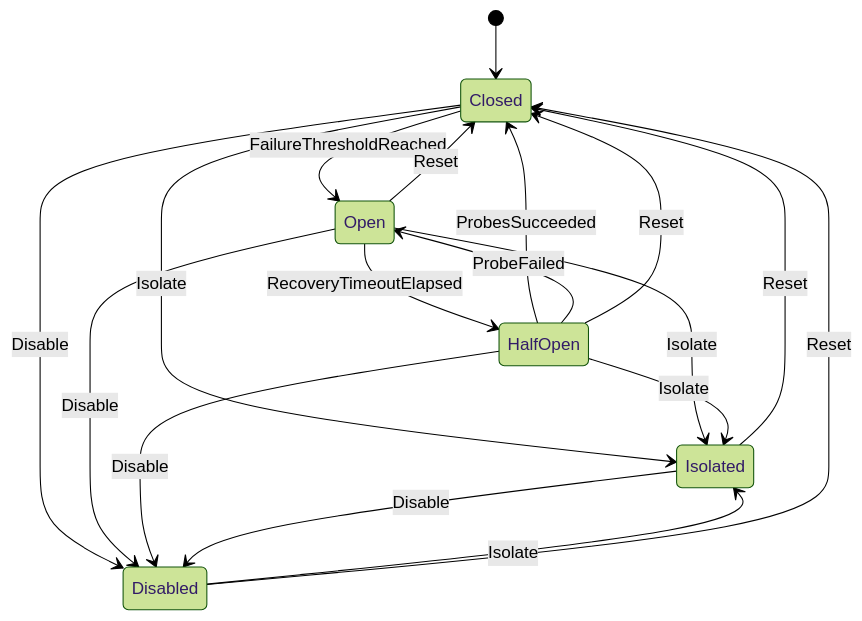
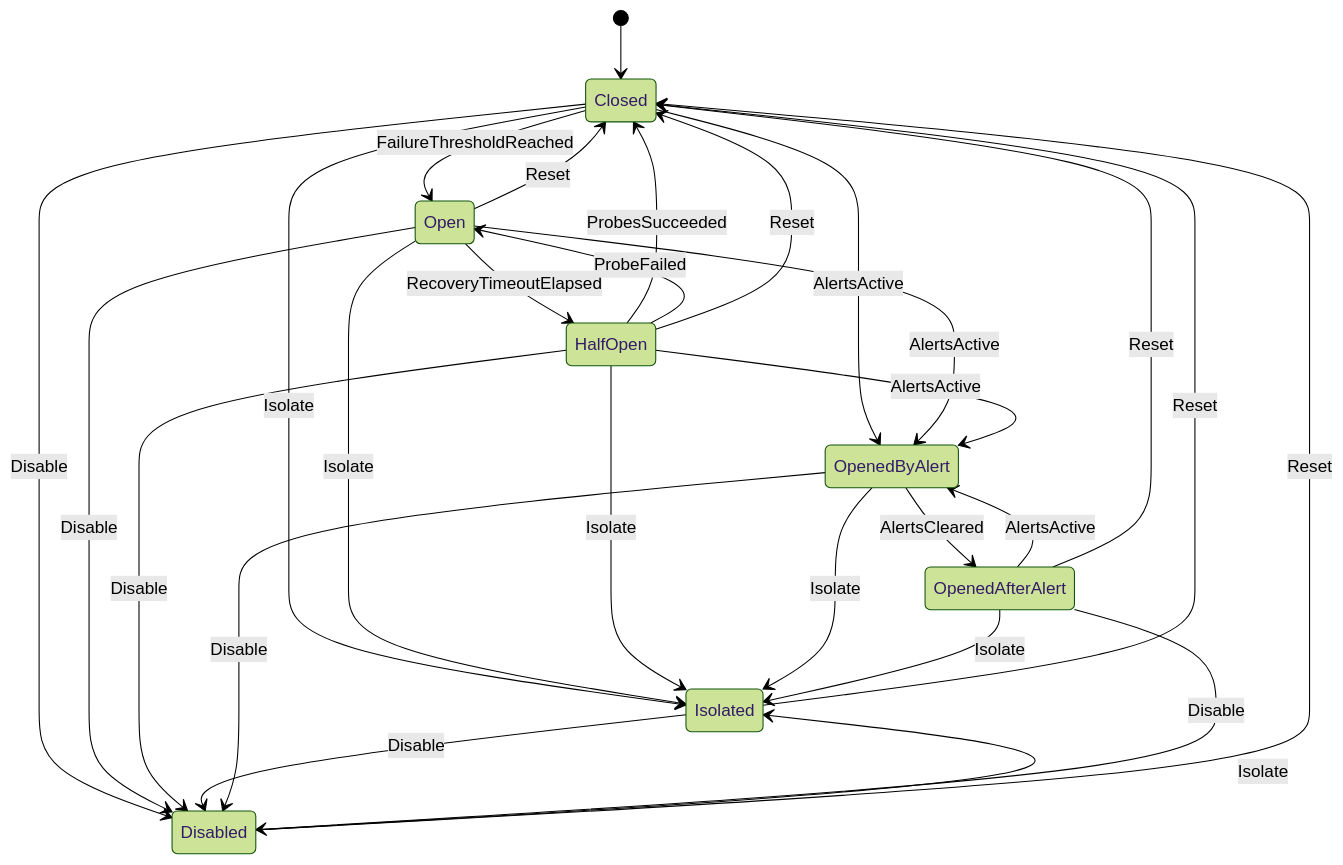
Before and after one commit to iverburgh/azure-functions-circuit-breaker-playbook: the diagram in docs/state-machine.md, drawn with Mermaid (forest theme). The commit also changed other lines of this file and 57 other files, not shown here.

````diff
--- a/docs/state-machine.md
+++ b/docs/state-machine.md
@@ -7,23 +8,35 @@
 ```mermaid
 stateDiagram-v2
     [*] --> Closed
     Closed --> Open : FailureThresholdReached
     Open --> HalfOpen : RecoveryTimeoutElapsed
     HalfOpen --> Closed : ProbesSucceeded
     HalfOpen --> Open : ProbeFailed
 
     Closed --> Isolated : Isolate
     Open --> Isolated : Isolate
     HalfOpen --> Isolated : Isolate
     Disabled --> Isolated : Isolate
 
     Closed --> Disabled : Disable
     Open --> Disabled : Disable
     HalfOpen --> Disabled : Disable
     Isolated --> Disabled : Disable
 
     Open --> Closed : Reset
     HalfOpen --> Closed : Reset
     Isolated --> Closed : Reset
     Disabled --> Closed : Reset
+
+    Closed --> OpenedByAlert : AlertsActive
+    Open --> OpenedByAlert : AlertsActive
+    HalfOpen --> OpenedByAlert : AlertsActive
+    OpenedAfterAlert --> OpenedByAlert : AlertsActive
+    OpenedByAlert --> OpenedAfterAlert : AlertsCleared
+    OpenedByAlert --> Isolated : Isolate
+    OpenedByAlert --> Disabled : Disable
+
+    OpenedAfterAlert --> Isolated : Isolate
+    OpenedAfterAlert --> Disabled : Disable
+    OpenedAfterAlert --> Closed : Reset
 ```
````
